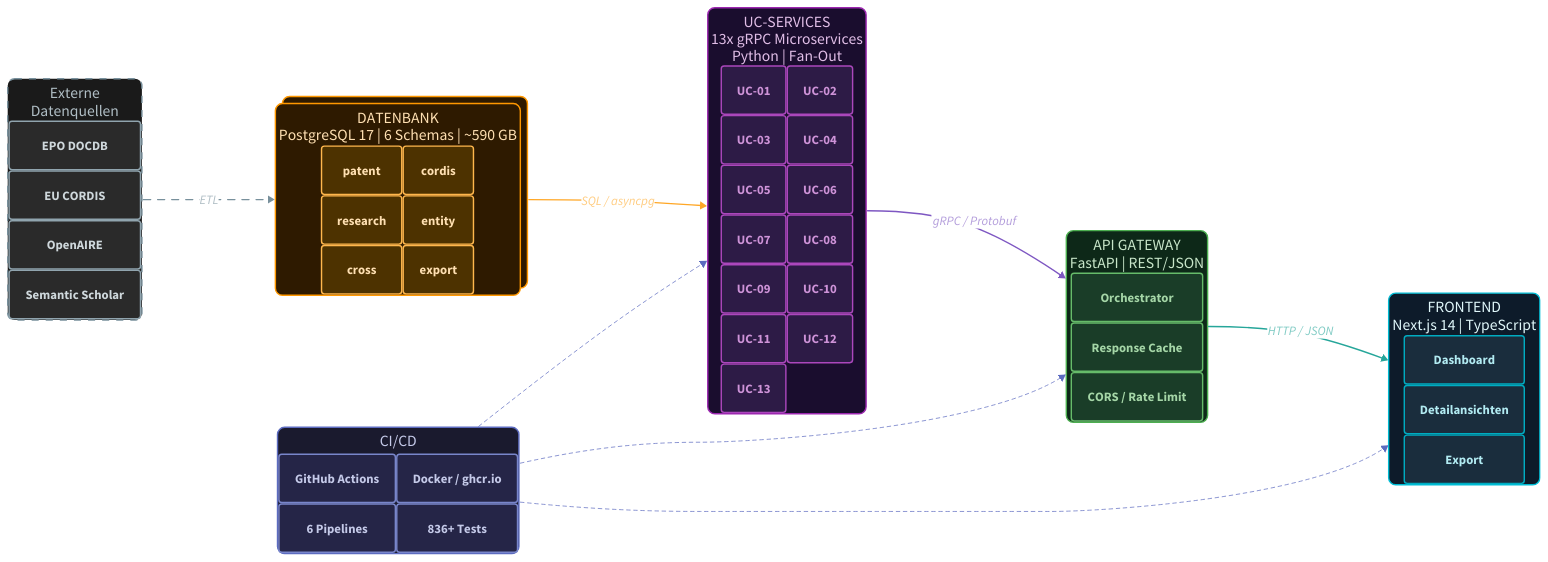
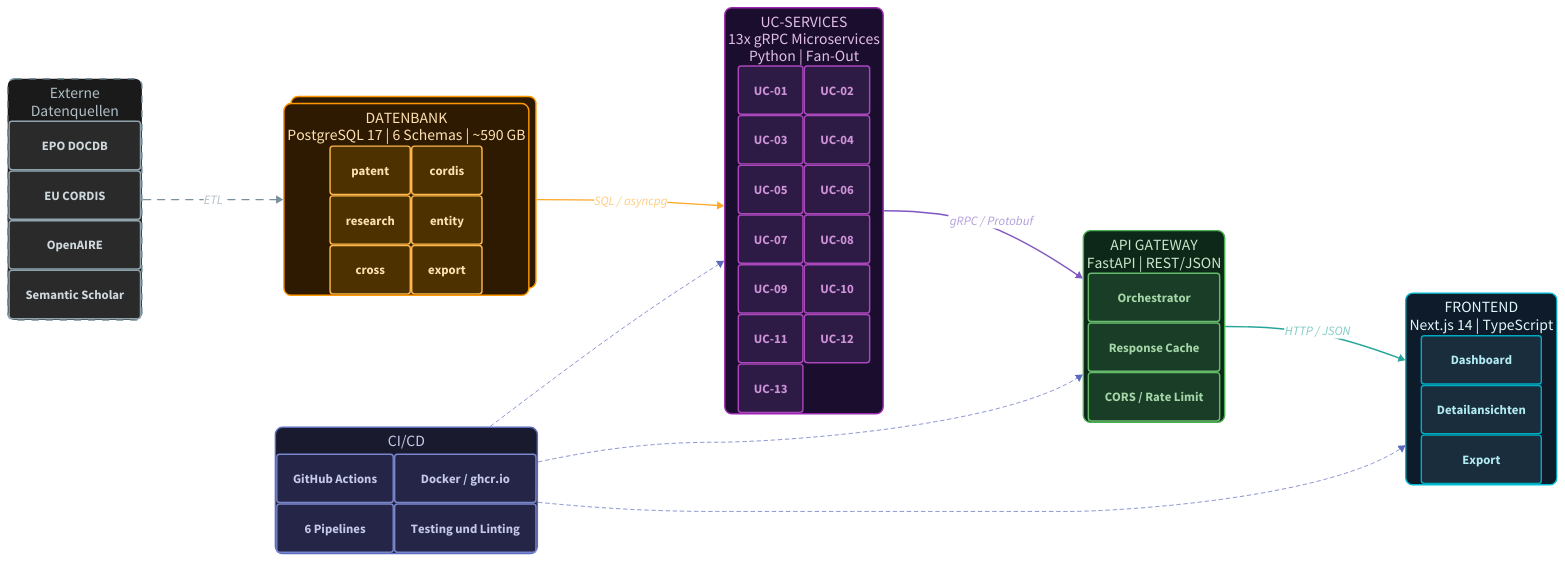
The diagram in docs/diagrams/system_architecture.d2 (KingdaKilla/TI-Radarv3.0), drawn with D2 before and after one commit. The commit also changed 12 other files, not shown here.

First line of the commit message:
fix: PDF-Report Tabellen-Rendering, Umlaute und Chart-Platzhalter

```diff
--- a/docs/diagrams/system_architecture.d2
+++ b/docs/diagrams/system_architecture.d2
@@ -206,7 +206,7 @@
   c: "6 Pipelines" {
     style: { fill: "#252547"; stroke: "#7986CB"; font-color: "#C5CAE9"; border-radius: 4; font-size: 18 }
   }
-  d: "836+ Tests" {
+  d: "Testing und Linting" {
     style: { fill: "#252547"; stroke: "#7986CB"; font-color: "#C5CAE9"; border-radius: 4; font-size: 18 }
   }
 }
```
